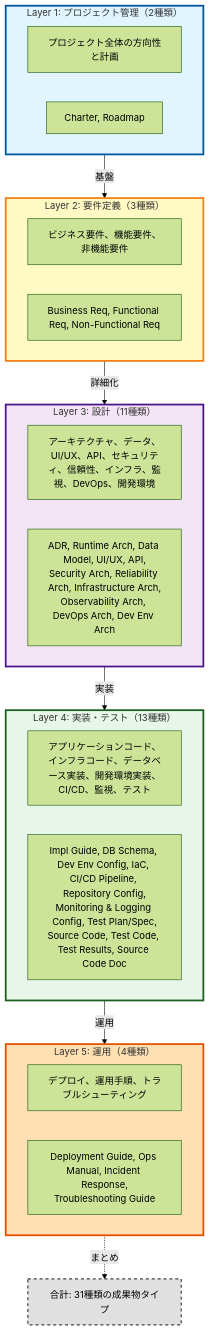
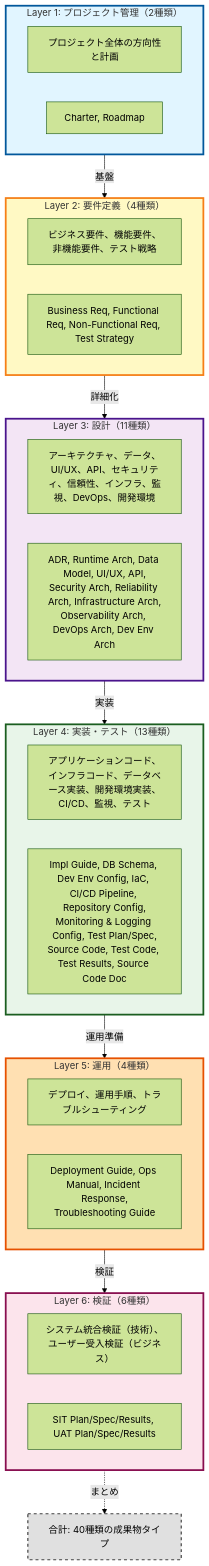
One commit to mahitotsu/ukiyoue changed the first of 3 diagrams in specs/artifact-taxonomy.md. Above: the diagram before and after it, drawn with Mermaid (forest theme). The commit also changed other lines of this file, not shown here.

Commit message:
docs: レイヤー構造図を最新の6層構造に更新
Updated layer structure diagram to reflect current 6-layer architecture
after Layer 6 (Verification) separation and Test Strategy addition.

Changes:
- Updated description: 5 layers → 6 layers
- Layer 2: 3 types → 4 types (added Test Strategy)
- Added Layer 6: Verification (6 types)
  - SIT Plan/Spec/Results (technical verification)
  - UAT Plan/Spec/Results (business acceptance)
- Updated layer flow: Layer4 → Layer5 → Layer6
- Updated total: 31 types → 40 types
- Added Layer 6 styling (pink color scheme)
- Updated Layer 2 section header: 3 types → 4 types

Architecture:
Layer 1 (PM) → Layer 2 (Requirements + Test Strategy) →
Layer 3 (Design) → Layer 4 (Implementation + Test) →
Layer 5 (Operations) → Layer 6 (Verification)

````diff
--- a/specs/artifact-taxonomy.md
+++ b/specs/artifact-taxonomy.md
@@ -35,50 +35,58 @@
 ```mermaid
 graph TD
     subgraph Layer1["Layer 1: プロジェクト管理（2種類）"]
         L1_desc["プロジェクト全体の方向性と計画"]
         L1_docs["Charter, Roadmap"]
     end
 
-    subgraph Layer2["Layer 2: 要件定義（3種類）"]
-        L2_desc["ビジネス要件、機能要件、非機能要件"]
-        L2_docs["Business Req, Functional Req, Non-Functional Req"]
+    subgraph Layer2["Layer 2: 要件定義（4種類）"]
+        L2_desc["ビジネス要件、機能要件、非機能要件、テスト戦略"]
+        L2_docs["Business Req, Functional Req, Non-Functional Req, Test Strategy"]
     end
 
     subgraph Layer3["Layer 3: 設計（11種類）"]
         L3_desc["アーキテクチャ、データ、UI/UX、API、セキュリティ、信頼性、インフラ、監視、DevOps、開発環境"]
         L3_docs["ADR, Runtime Arch, Data Model, UI/UX, API,<br/>Security Arch, Reliability Arch, Infrastructure Arch,<br/>Observability Arch, DevOps Arch, Dev Env Arch"]
     end
 
     subgraph Layer4["Layer 4: 実装・テスト（13種類）"]
         L4_desc["アプリケーションコード、インフラコード、データベース実装、開発環境実装、CI/CD、監視、テスト"]
         L4_docs["Impl Guide, DB Schema, Dev Env Config, IaC, CI/CD Pipeline, Repository Config,<br/>Monitoring & Logging Config, Test Plan/Spec,<br/>Source Code, Test Code, Test Results, Source Code Doc"]
     end
 
     subgraph Layer5["Layer 5: 運用（4種類）"]
         L5_desc["デプロイ、運用手順、トラブルシューティング"]
         L5_docs["Deployment Guide, Ops Manual, Incident Response,<br/>Troubleshooting Guide"]
     end
 
+    subgraph Layer6["Layer 6: 検証（6種類）"]
+        L6_desc["システム統合検証（技術）、ユーザー受入検証（ビジネス）"]
+        L6_docs["SIT Plan/Spec/Results, UAT Plan/Spec/Results"]
+    end
+
     Layer1 -->|"基盤"| Layer2
     Layer2 -->|"詳細化"| Layer3
     Layer3 -->|"実装"| Layer4
-    Layer4 -->|"運用"| Layer5
+    Layer4 -->|"運用準備"| Layer5
+    Layer5 -->|"検証"| Layer6
 
-    Total["合計: 31種類の成果物タイプ"]
+    Total["合計: 40種類の成果物タイプ"]
 
-    Layer5 -.->|"まとめ"| Total
+    Layer6 -.->|"まとめ"| Total
 
     classDef layer1Style fill:#e1f5ff,stroke:#01579b,stroke-width:3px
     classDef layer2Style fill:#fff9c4,stroke:#f57f17,stroke-width:3px
     classDef layer3Style fill:#f3e5f5,stroke:#4a148c,stroke-width:3px
     classDef layer4Style fill:#e8f5e9,stroke:#1b5e20,stroke-width:3px
     classDef layer5Style fill:#ffe0b2,stroke:#e65100,stroke-width:3px
+    classDef layer6Style fill:#fce4ec,stroke:#880e4f,stroke-width:3px
     classDef totalStyle fill:#e0e0e0,stroke:#424242,stroke-width:2px,stroke-dasharray: 5 5
 
     class Layer1 layer1Style
     class Layer2 layer2Style
     class Layer3 layer3Style
     class Layer4 layer4Style
     class Layer5 layer5Style
+    class Layer6 layer6Style
     class Total totalStyle
 ```
````
